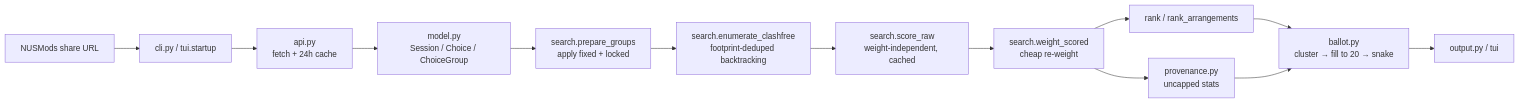
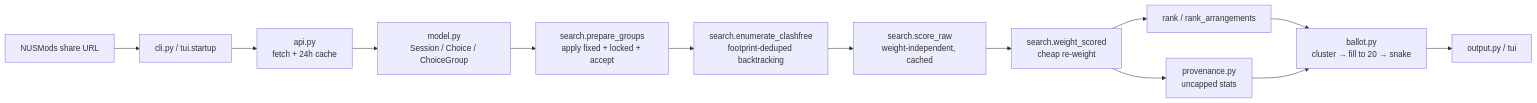
The diagram in docs/architecture.md (dabby9734/kairos), drawn with Mermaid before and after one commit. The commit also changed other lines of this file and 7 other files, not shown here.

````diff
--- a/docs/architecture.md
+++ b/docs/architecture.md
@@ -19,15 +19,15 @@
 ```mermaid
 flowchart LR
     URL[NUSMods share URL] --> CLI[cli.py / tui.startup]
     CLI --> API[api.py<br/>fetch + 24h cache]
     API --> MODEL[model.py<br/>Session / Choice / ChoiceGroup]
-    MODEL --> PREP[search.prepare_groups<br/>apply fixed + locked]
+    MODEL --> PREP[search.prepare_groups<br/>apply fixed + locked + accept]
     PREP --> ENUM[search.enumerate_clashfree<br/>footprint-deduped backtracking]
     ENUM --> RAW[search.score_raw<br/>weight-independent, cached]
     RAW --> W[search.weight_scored<br/>cheap re-weight]
     W --> RANK[rank / rank_arrangements]
     W --> PROV[provenance.py<br/>uncapped stats]
     RANK --> BALLOT[ballot.py<br/>cluster → fill to 20 → snake]
     PROV --> BALLOT
     BALLOT --> OUT[output.py / tui]
 ```
````
